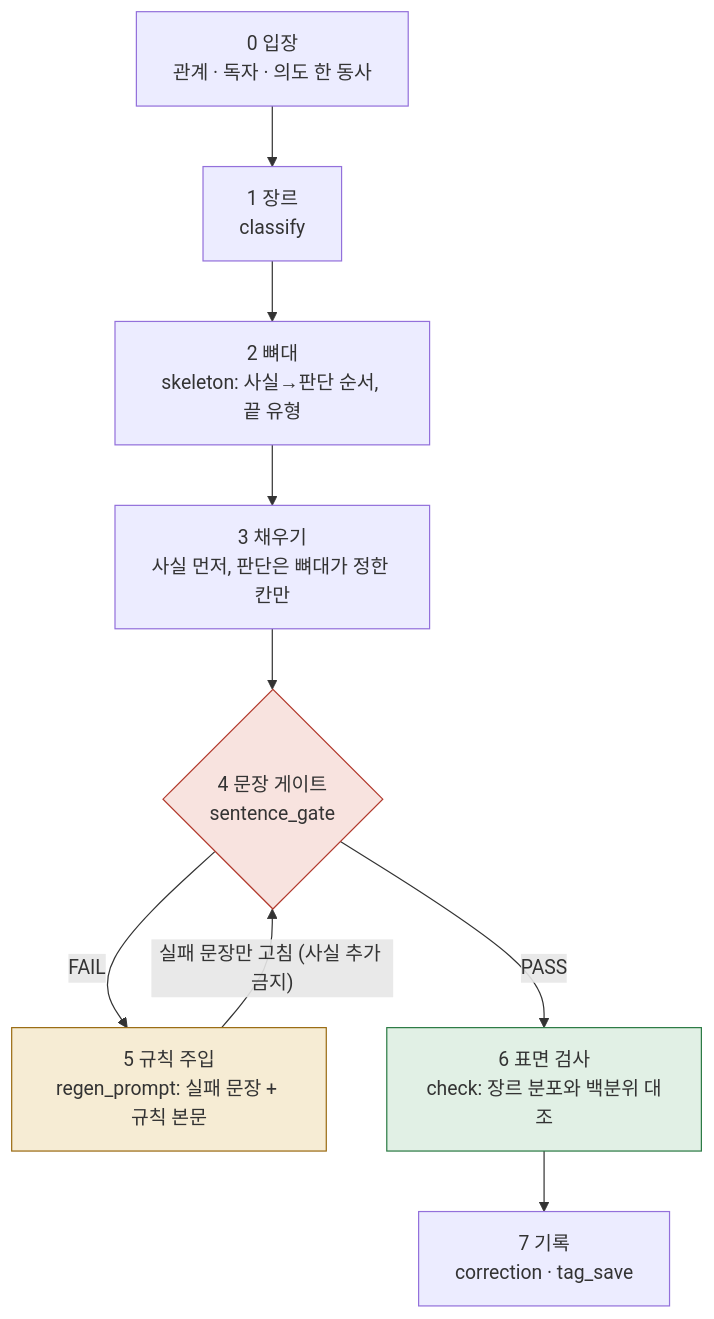
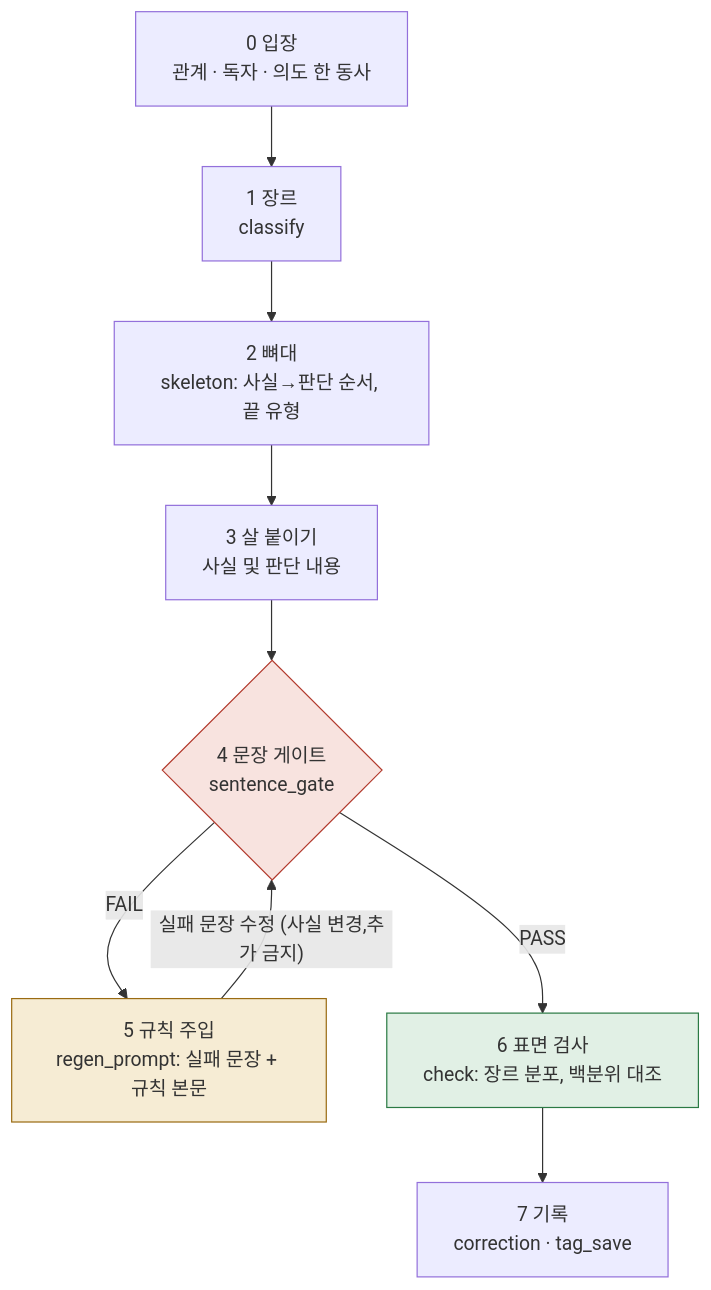
The diagram in README.md (EESIZ/dashi), drawn with Mermaid before and after one commit.

Commit message:
Update flowchart terminology in README.md

````diff
--- a/README.md
+++ b/README.md
@@ -62,14 +62,14 @@
 ```mermaid
 flowchart TD
     A["0 입장<br/>관계 · 독자 · 의도 한 동사"] --> B["1 장르<br/>classify"]
     B --> C["2 뼈대<br/>skeleton: 사실→판단 순서, 끝 유형"]
-    C --> D["3 채우기<br/>사실 먼저, 판단은 뼈대가 정한 칸만"]
+    C --> D["3 살 붙이기<br/>사실 및 판단 내용"]
     D --> E{"4 문장 게이트<br/>sentence_gate"}
     E -- FAIL --> F["5 규칙 주입<br/>regen_prompt: 실패 문장 + 규칙 본문"]
-    F -- "실패 문장만 고침 (사실 추가 금지)" --> E
-    E -- PASS --> G["6 표면 검사<br/>check: 장르 분포와 백분위 대조"]
+    F -- "실패 문장 수정 (사실 변경,추가 금지)" --> E
+    E -- PASS --> G["6 표면 검사<br/>check: 장르 분포, 백분위 대조"]
     G --> H["7 기록<br/>correction · tag_save"]
     style E fill:#f8e3df,stroke:#b23a2d
     style F fill:#f6ecd4,stroke:#9a6b12
     style G fill:#e1f0e5,stroke:#2b7a44
 ```
````
